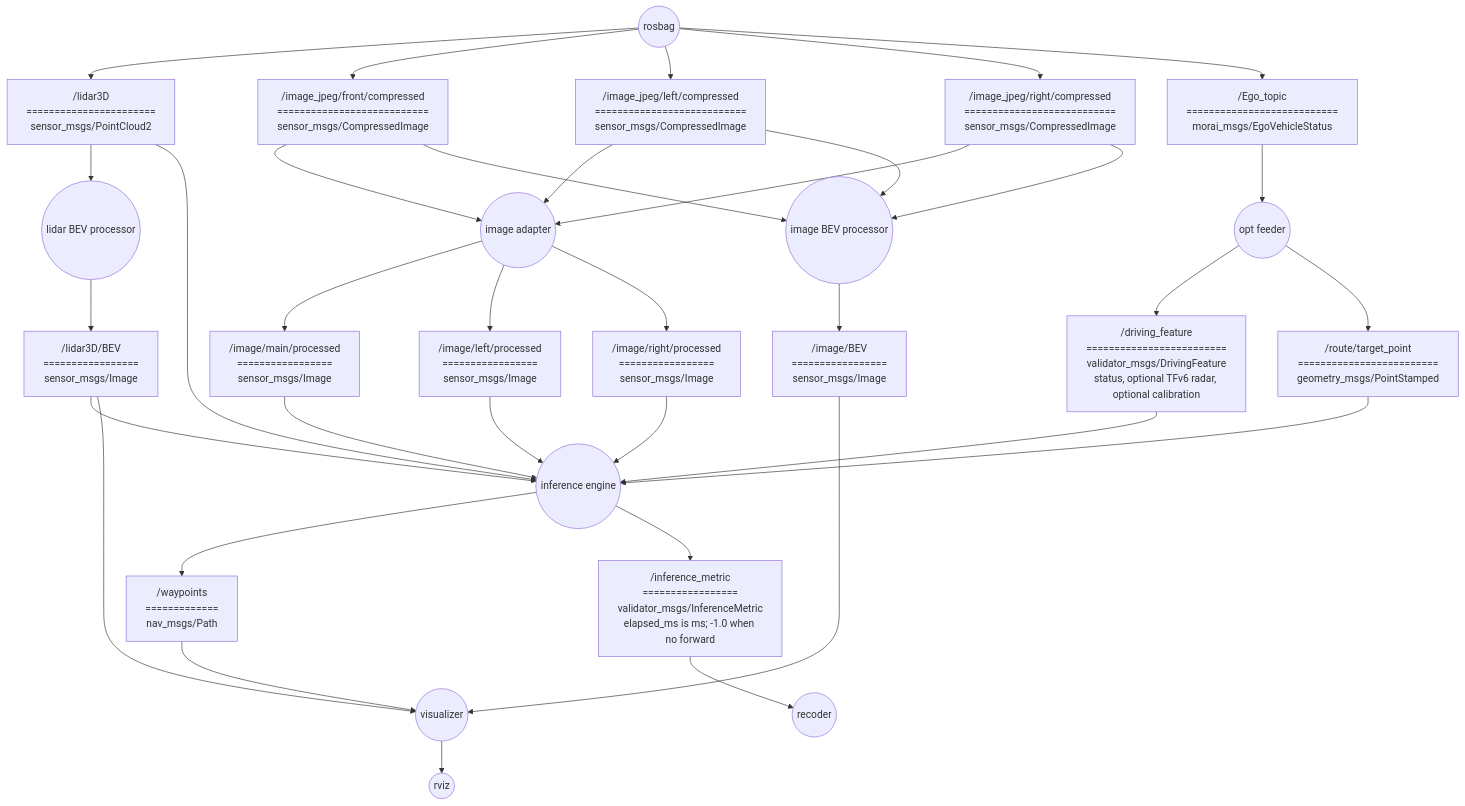
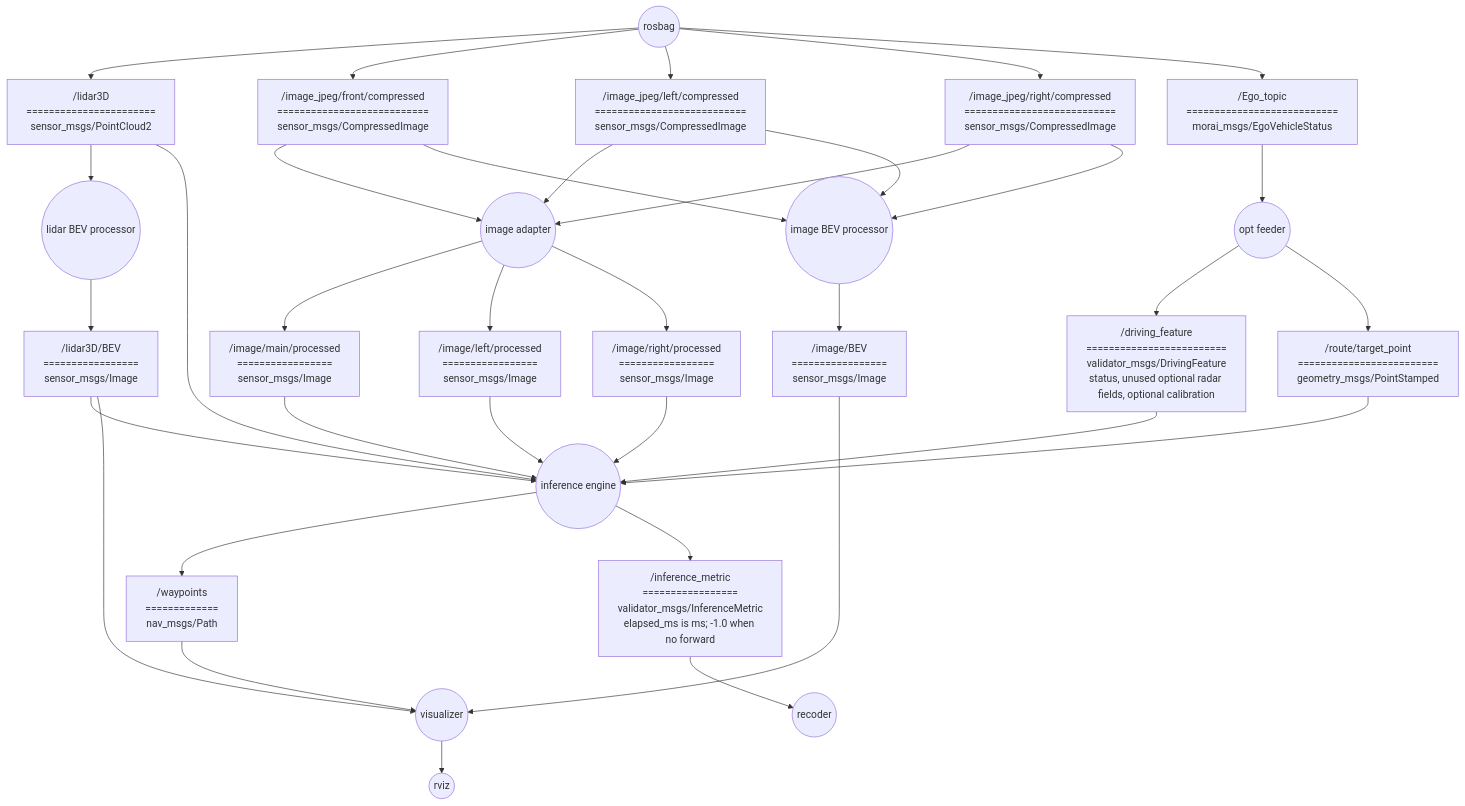
One commit to Team-Stier/E2E-OpenLoop-ROS-Validator changed the diagram in README.md. Above: the diagram before and after it, drawn with Mermaid. The commit also changed other lines of this file and 7 other files, not shown here.

Commit message:
fix: align TFv6 with official no-radar checkpoint

````diff
--- a/README.md
+++ b/README.md
@@ -43,75 +43,75 @@
 ```mermaid
 flowchart TD
     rosbag((rosbag))
     A["/lidar3D\n=======================\nsensor_msgs/PointCloud2"]
     B0["/image_jpeg/front/compressed\n===========================\nsensor_msgs/CompressedImage"]
     B1["/image_jpeg/left/compressed\n===========================\nsensor_msgs/CompressedImage"]
     B2["/image_jpeg/right/compressed\n===========================\nsensor_msgs/CompressedImage"]
     C["/Ego_topic\n===========================\nmorai_msgs/EgoVehicleStatus"]
 
     rosbag-->A
     rosbag-->B0
     rosbag-->B1
     rosbag-->B2
     rosbag-->C
 
 
     D(("lidar BEV processor"))
     E((image adapter))
     F((image BEV processor))
 
     A-->D
     B0-->E
     B1-->E
     B2-->E
     B0-->F
     B1-->F
     B2-->F
 
     G["/lidar3D/BEV\n=================\nsensor_msgs/Image"]
     H0["/image/main/processed\n=================\nsensor_msgs/Image"]
     H1["/image/left/processed\n=================\nsensor_msgs/Image"]
     H2["/image/right/processed\n=================\nsensor_msgs/Image"]
     I["/image/BEV\n=================\nsensor_msgs/Image"]
 
     R((opt feeder))
-    DF["/driving_feature\n=========================\nvalidator_msgs/DrivingFeature\nstatus, optional TFv6 radar, optional calibration"]
+    DF["/driving_feature\n=========================\nvalidator_msgs/DrivingFeature\nstatus, unused optional radar fields, optional calibration"]
     TP["/route/target_point\n=========================\ngeometry_msgs/PointStamped"]
     
     D-->G
     E-->H0
     E-->H1
     E-->H2
     F-->I
     C-->R
     R-->DF
     R-->TP
 
     J((inference engine))
 
     G-->J
     A-->J
     H0-->J
     H1-->J
     H2-->J
     DF-->J
     TP-->J
 
 
     K["/waypoints\n=============\nnav_msgs/Path"]
     Q["/inference_metric\n=================\nvalidator_msgs/InferenceMetric\nelapsed_ms is ms; -1.0 when no forward"]
 
     J-->K
     J-->Q
 
     N((recoder))
     M((visualizer))
     O((rviz))
 
     K-->M
     Q-->N
     M-->O
     G-->M
     I-->M
 
 ```
````
